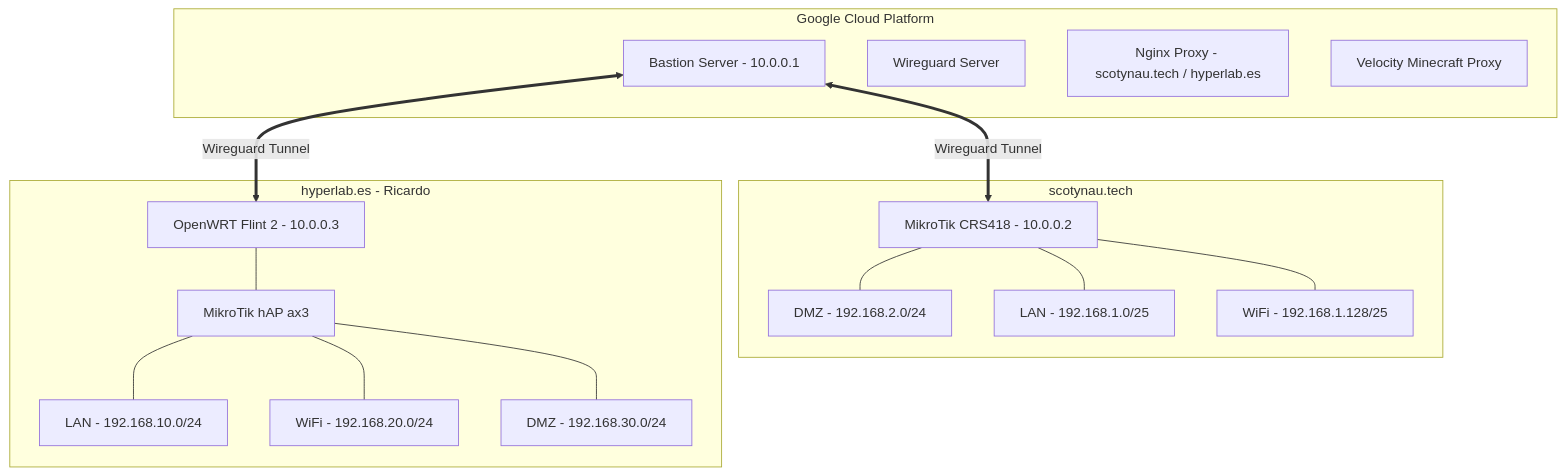
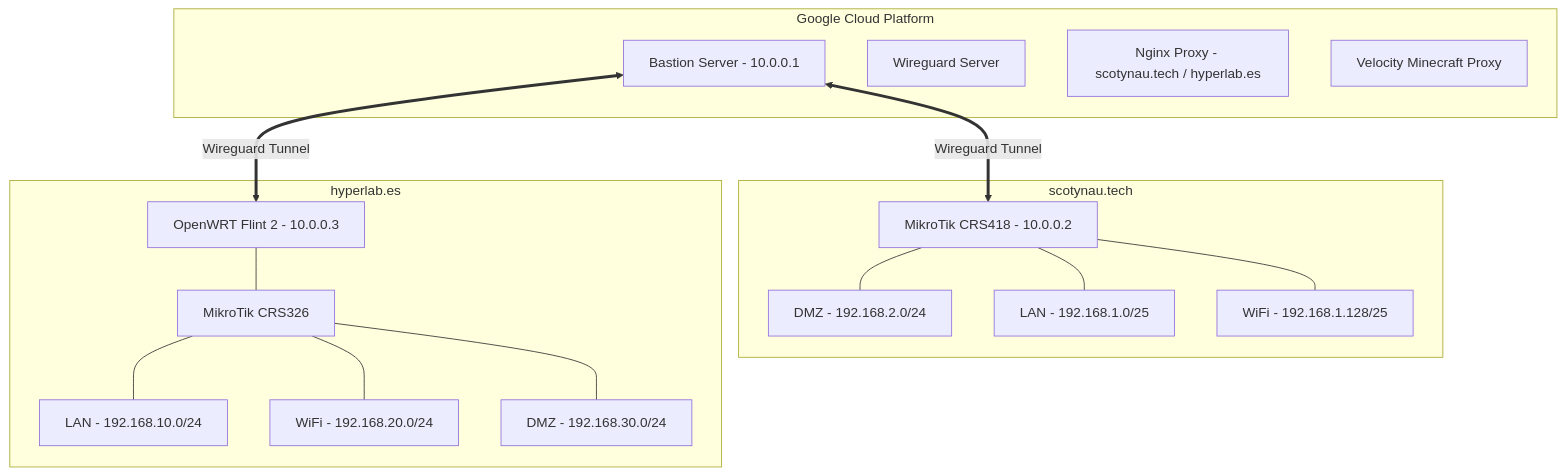
The diagram in README.md (scotynau/network-infrastructure), drawn with Mermaid before and after one commit. The commit also changed other lines of this file, not shown here.

Commit message:
docs: correct hyperlab.es infrastructure details and equipment

````diff
--- a/README.md
+++ b/README.md
@@ -9,38 +9,38 @@
 ```mermaid
 graph TD
     subgraph GCP_Cloud [Google Cloud Platform]
         Bastion[Bastion Server - 10.0.0.1]
         WG_Srv[Wireguard Server]
         Nginx[Nginx Proxy - scotynau.tech / hyperlab.es]
         Velocity[Velocity Minecraft Proxy]
     end
 
     subgraph Scotynau_Net [scotynau.tech]
         MT_CRS[MikroTik CRS418 - 10.0.0.2]
         DMZ[DMZ - 192.168.2.0/24]
         LAN[LAN - 192.168.1.0/25]
         WiFi[WiFi - 192.168.1.128/25]
     end
 
-    subgraph Hyperlab_Net [hyperlab.es - Ricardo]
+    subgraph Hyperlab_Net [hyperlab.es]
         Flint2[OpenWRT Flint 2 - 10.0.0.3]
-        MT_Ric[MikroTik hAP ax3]
+        MT_Ric[MikroTik CRS326]
         RLAN[LAN - 192.168.10.0/24]
         RWiFi[WiFi - 192.168.20.0/24]
         RDMZ[DMZ - 192.168.30.0/24]
     end
 
     %% Túneles VPN
     Bastion <==>|Wireguard Tunnel| MT_CRS
     Bastion <==>|Wireguard Tunnel| Flint2
 
     %% Conexiones internas
     MT_CRS --- DMZ
     MT_CRS --- LAN
     MT_CRS --- WiFi
     
     Flint2 --- MT_Ric
     MT_Ric --- RLAN
     MT_Ric --- RWiFi
     MT_Ric --- RDMZ
 ```
````
